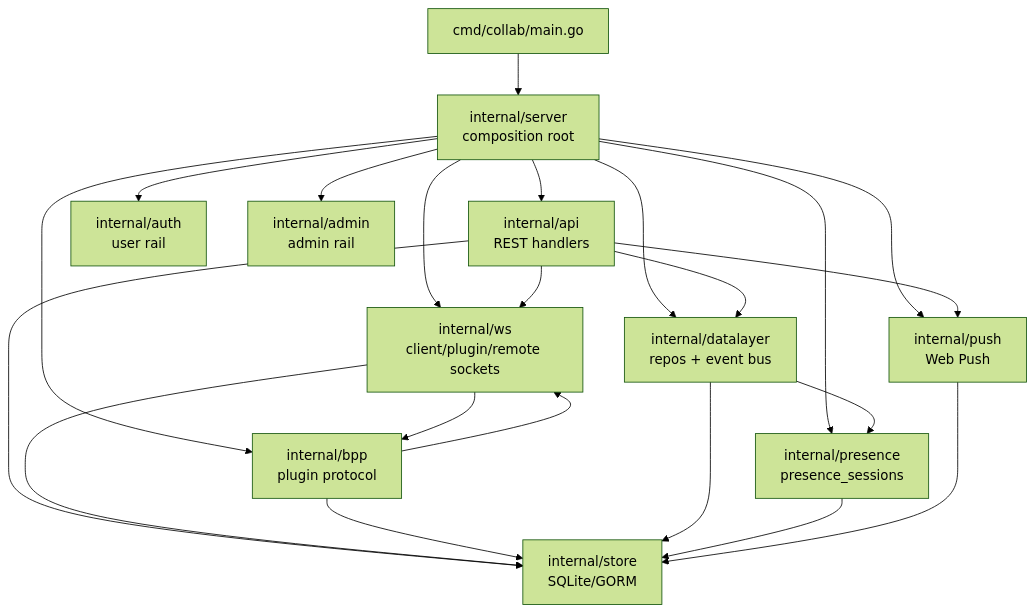
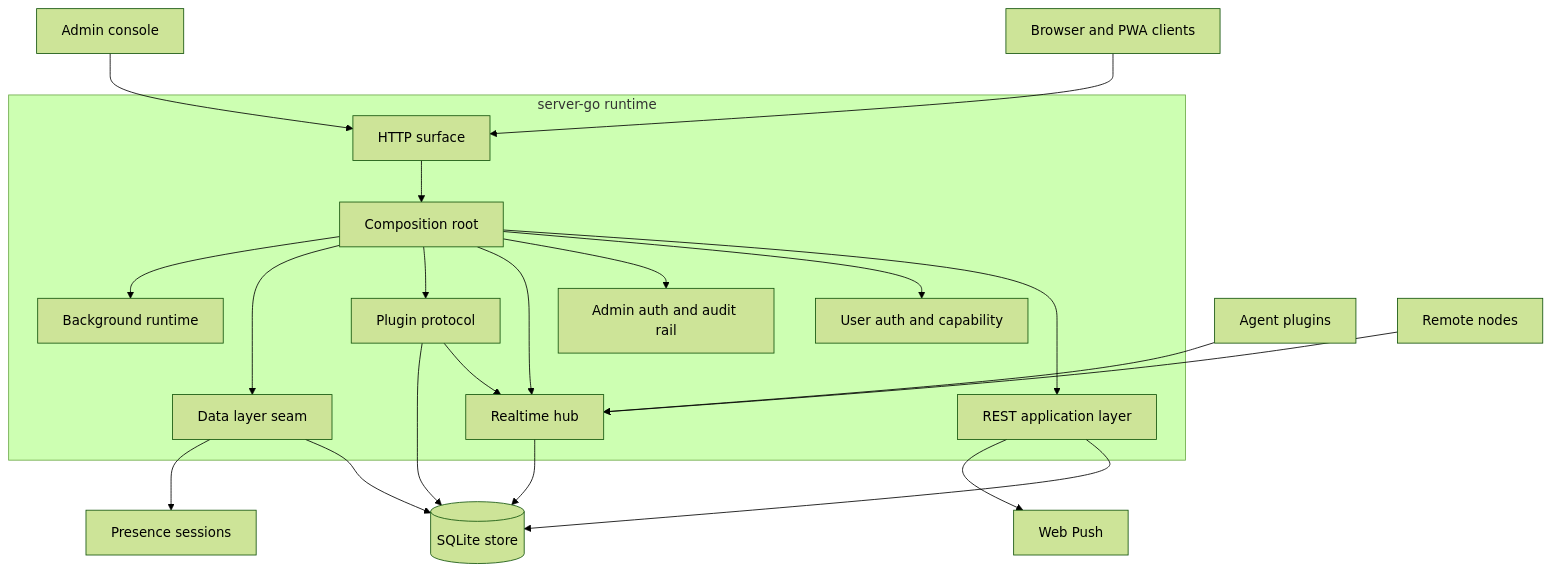
One commit to codetreker/borgee changed the diagram in docs/current/server/README.md. Above: the diagram before and after it, drawn with Mermaid (forest theme). The commit also changed other lines of this file and 3 other files, not shown here.

Commit message:
docs: refine server architecture narrative

````diff
--- a/docs/current/server/README.md
+++ b/docs/current/server/README.md
@@ -5,36 +9,43 @@
 ```mermaid
 flowchart TB
-  main[cmd/collab/main.go]
-  server[internal/server\ncomposition root]
-  api[internal/api\nREST handlers]
-  auth[internal/auth\nuser rail]
-  admin[internal/admin\nadmin rail]
-  ws[internal/ws\nclient/plugin/remote sockets]
-  bpp[internal/bpp\nplugin protocol]
-  store[internal/store\nSQLite/GORM]
-  dl[internal/datalayer\nrepos + event bus]
-  presence[internal/presence\npresence_sessions]
-  push[internal/push\nWeb Push]
+  clients[Browser and PWA clients]
+  admins[Admin console]
+  plugins[Agent plugins]
+  remotes[Remote nodes]
 
-  main --> server
-  server --> api
-  server --> auth
-  server --> admin
-  server --> ws
-  server --> bpp
-  server --> dl
-  server --> presence
-  server --> push
+  subgraph runtime[server-go runtime]
+    http[HTTP surface]
+    comp[Composition root]
+    api[REST application layer]
+    auth[User auth and capability]
+    admin[Admin auth and audit rail]
+    ws[Realtime hub]
+    bpp[Plugin protocol]
+    dl[Data layer seam]
+    jobs[Background runtime]
+  end
+
+  store[(SQLite store)]
+  push[Web Push]
+  presence[Presence sessions]
+
+  clients --> http
+  admins --> http
+  plugins --> ws
+  remotes --> ws
+  http --> comp
+  comp --> api
+  comp --> auth
+  comp --> admin
+  comp --> ws
+  comp --> bpp
+  comp --> dl
+  comp --> jobs
   api --> store
-  api --> dl
-  api --> ws
-  api --> push
   ws --> store
-  ws --> bpp
+  bpp --> ws
   bpp --> store
-  bpp --> ws
   dl --> store
   dl --> presence
-  presence --> store
-  push --> store
+  api --> push
 ```
````
